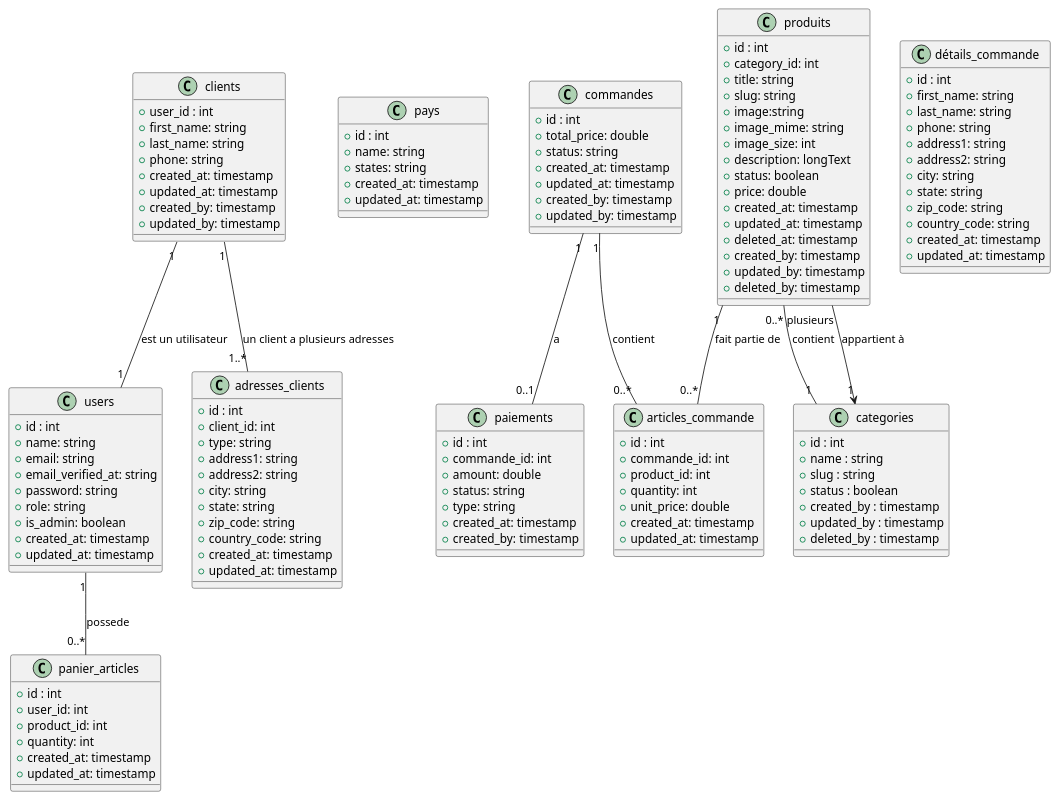
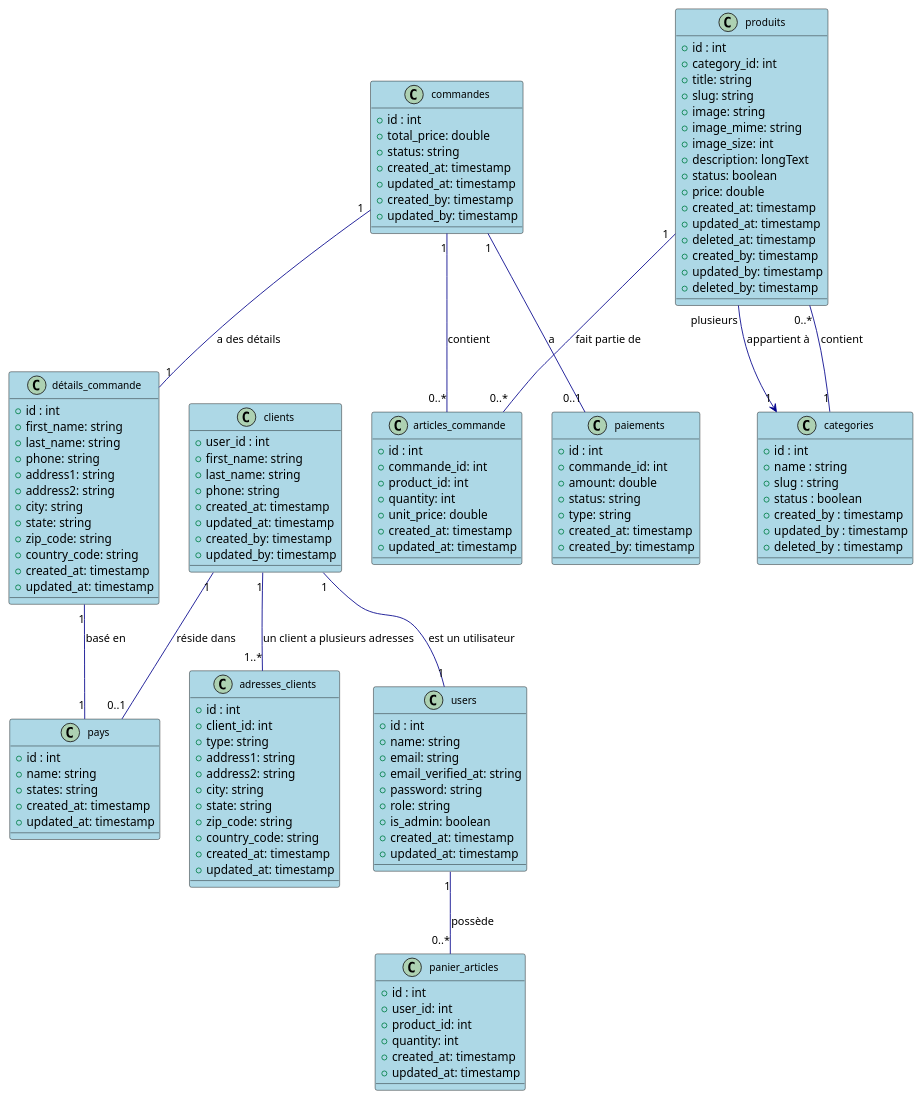
Before and after one commit to GEVIC21/Soutenance_documents: the diagram in DiagramClass.puml, drawn with PlantUML. The commit also changed 15 other files, not shown here.

```diff
--- a/DiagramClass.puml
+++ b/DiagramClass.puml
@@ -1,162 +1,158 @@
 @startuml
 
-class clients
-{
+skinparam class {
+    BackgroundColor LightBlue
+    ArrowColor DarkBlue
+    BorderColor Black
+    FontSize 12
+}
+
+class clients {
     +user_id : int
     +first_name: string
     +last_name: string
     +phone: string
     +created_at: timestamp
     +updated_at: timestamp
     +created_by: timestamp
     +updated_by: timestamp
 }
-'Relation entre clients et Users: Une Client est un utilisateur
+
 clients "1" -- "1" users : est un utilisateur
 
-class adresses_clients{
+class adresses_clients {
     +id : int
     +client_id: int
     +type: string
     +address1: string
     +address2: string
     +city: string
     +state: string
     +zip_code: string
     +country_code: string
     +created_at: timestamp
     +updated_at: timestamp
 }
-'Relation entre clients et Users: Une Client est un utilisateur
+
 clients "1" -- "1..*" adresses_clients : un client a plusieurs adresses
 
-class pays
-{
+class pays {
     +id : int
     +name: string
     +states: string
     +created_at: timestamp
     +updated_at: timestamp
 }
 
-class commandes
-{
+class commandes {
     +id : int
     +total_price: double
     +status: string
     +created_at: timestamp
     +updated_at: timestamp
     +created_by: timestamp
     +updated_by: timestamp
 }
-class articles_commande
-{
+
+class articles_commande {
     +id : int
     +commande_id: int
     +product_id: int
     +quantity: int
     +unit_price: double
     +created_at: timestamp
     +updated_at: timestamp
 }
-class détails_commande{
+
+class détails_commande {
     +id : int
     +first_name: string
     +last_name: string
     +phone: string
     +address1: string
     +address2: string
     +city: string
     +state: string
     +zip_code: string
     +country_code: string
     +created_at: timestamp
     +updated_at: timestamp
 }
-'Relation entre Order et OrderItem: Une commande contient plusieurs articles
+
 commandes "1" -- "0..*" articles_commande : contient
-'Relation entre Product et OrderItem: Un produit peut être présent dans plusieurs articles de commande
+
 produits "1" -- "0..*" articles_commande : fait partie de
 
-class paiements
-{
+class paiements {
     +id : int
     +commande_id: int
     +amount: double
     +status: string
     +type: string
     +created_at: timestamp
     +created_by: timestamp
 }
-'Relation entre Order et Payment: Une commande a un ou plusieurs paiements
+
 commandes "1" -- "0..1" paiements : a
 
-
-
-
-
-'Définition de la classe Categorie
-class categories   {
+class categories {
     +id : int
     +name : string
     +slug : string
     +status : boolean
     +created_by : timestamp
     +updated_by : timestamp
     +deleted_by : timestamp
+}
 
-}
-'Définition de la classe produits
-class produits
-{
+class produits {
     +id : int
     +category_id: int
     +title: string
     +slug: string
-    +image:string
+    +image: string
     +image_mime: string
     +image_size: int
     +description: longText
     +status: boolean
     +price: double
     +created_at: timestamp
     +updated_at: timestamp
     +deleted_at: timestamp
     +created_by: timestamp
     +updated_by: timestamp
     +deleted_by: timestamp
 }
-'Relation entre Category et Product: Une catégorie comporte plusieurs produits
+
 categories "1" -- "0..*" produits : contient
 produits "plusieurs" --> "1" categories : appartient à
 
-class users
-{
+class users {
     +id : int
     +name: string
     +email: string
     +email_verified_at: string
     +password: string
     +role: string
     +is_admin: boolean
     +created_at: timestamp
     +updated_at: timestamp
+}
 
-}
-'Définition de la classe panier
-class panier_articles
-{
+class panier_articles {
     +id : int
     +user_id: int
     +product_id: int
     +quantity: int
     +created_at: timestamp
     +updated_at: timestamp
+}
 
-}
-'Relation entre User et ItemCart: Un utilisateur a plusieurs articles dans son panier
-users "1" -- "0..*" panier_articles : possede
+users "1" -- "0..*" panier_articles : possède
 
-
+' Nouvelle Relations détectées pour les détails et les pays
+clients "1" -- "0..1" pays : réside dans
+commandes "1" -- "1" détails_commande : a des détails
+détails_commande "1" -- "1" pays : basé en
 
 @enduml
```
